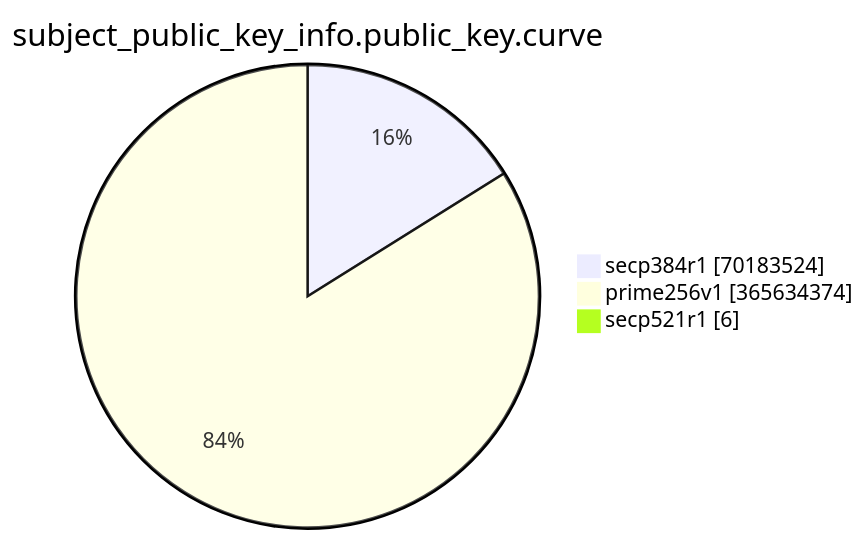
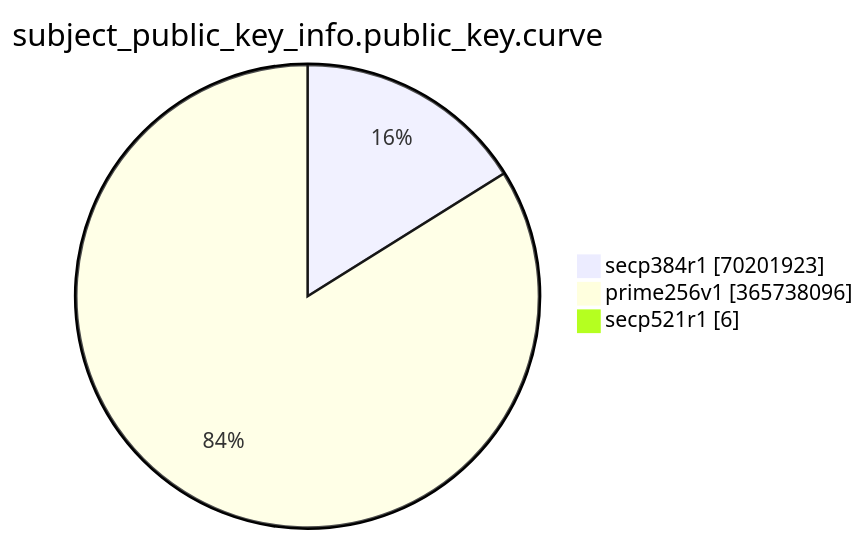
The eighth of 15 diagrams in TOTAL/README.md (christiankrug/ctmonitor_visualization), drawn with Mermaid before and after one commit. The commit also changed other lines of this file, not shown here.

````diff
--- a/TOTAL/README.md
+++ b/TOTAL/README.md
@@ -3093,7 +3093,7 @@
 ```mermaid
 pie showData
 title subject_public_key_info.public_key.curve
-"secp384r1" :70183524
-"prime256v1" :365634374
+"secp384r1" :70201923
+"prime256v1" :365738096
 "secp521r1" :6
 ```
````
